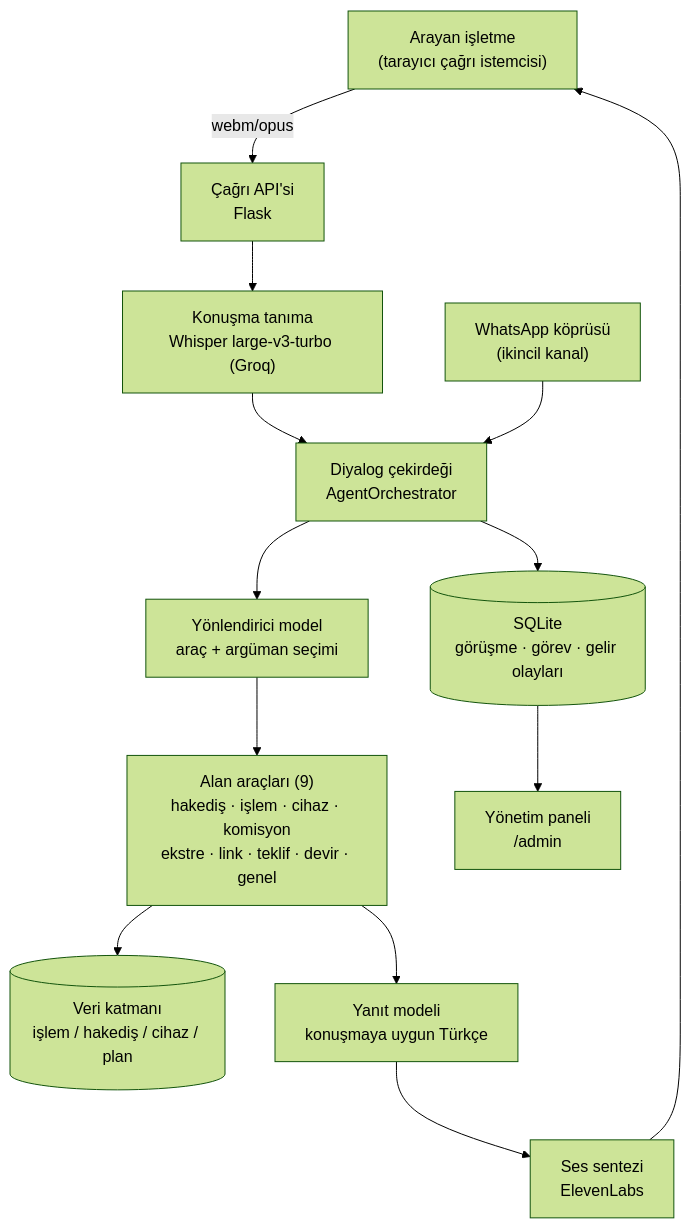
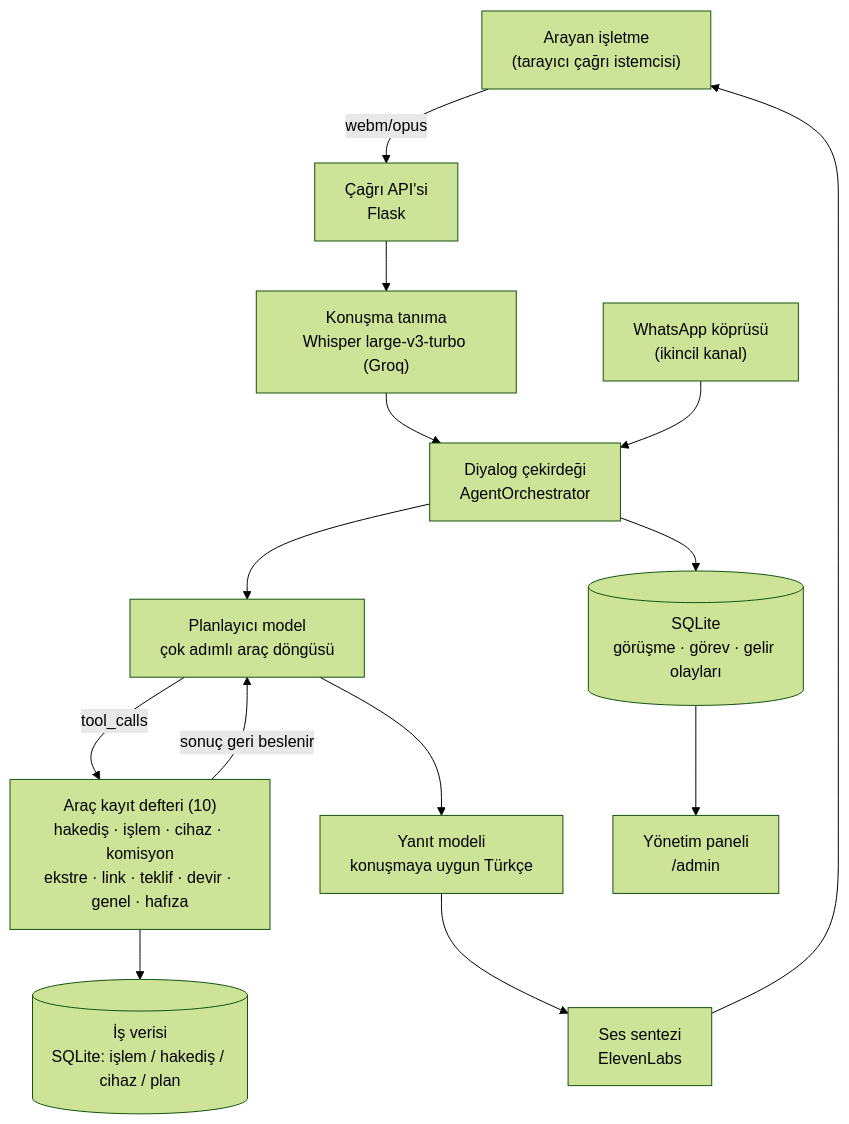
The diagram in README.md (demiraay/moka-sesli-asistan), drawn with Mermaid (forest theme) before and after one commit. The commit also changed other lines of this file and 73 other files, not shown here.

````diff
--- a/README.md
+++ b/README.md
@@ -120,15 +120,16 @@
 ```mermaid
 flowchart TD
     A["Arayan işletme<br/>(tarayıcı çağrı istemcisi)"] -->|webm/opus| B["Çağrı API'si<br/>Flask"]
     B --> C["Konuşma tanıma<br/>Whisper large-v3-turbo (Groq)"]
     C --> D["Diyalog çekirdeği<br/>AgentOrchestrator"]
-    D --> E["Yönlendirici model<br/>araç + argüman seçimi"]
-    E --> F["Alan araçları (9)<br/>hakediş · işlem · cihaz · komisyon<br/>ekstre · link · teklif · devir · genel"]
-    F --> G[("Veri katmanı<br/>işlem / hakediş / cihaz / plan")]
-    F --> H["Yanıt modeli<br/>konuşmaya uygun Türkçe"]
+    D --> E["Planlayıcı model<br/>çok adımlı araç döngüsü"]
+    E -->|tool_calls| F["Araç kayıt defteri (10)<br/>hakediş · işlem · cihaz · komisyon<br/>ekstre · link · teklif · devir · genel · hafıza"]
+    F -->|sonuç geri beslenir| E
+    F --> G[("İş verisi<br/>SQLite: işlem / hakediş / cihaz / plan")]
+    E --> H["Yanıt modeli<br/>konuşmaya uygun Türkçe"]
     H --> I["Ses sentezi<br/>ElevenLabs"]
     I --> A
     D --> J[("SQLite<br/>görüşme · görev · gelir olayları")]
     J --> K["Yönetim paneli<br/>/admin"]
     L["WhatsApp köprüsü<br/>(ikincil kanal)"] --> D
 ```
````
